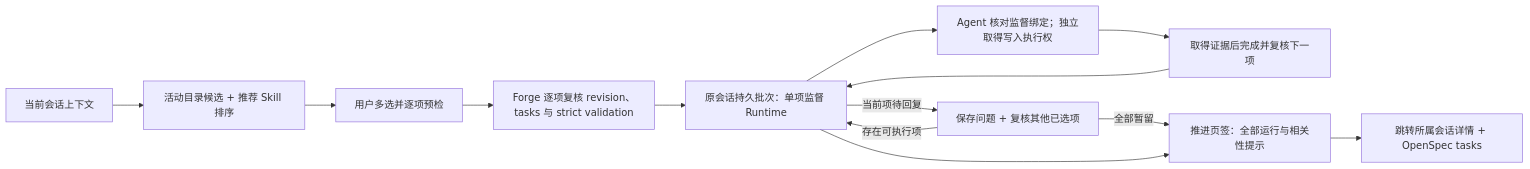
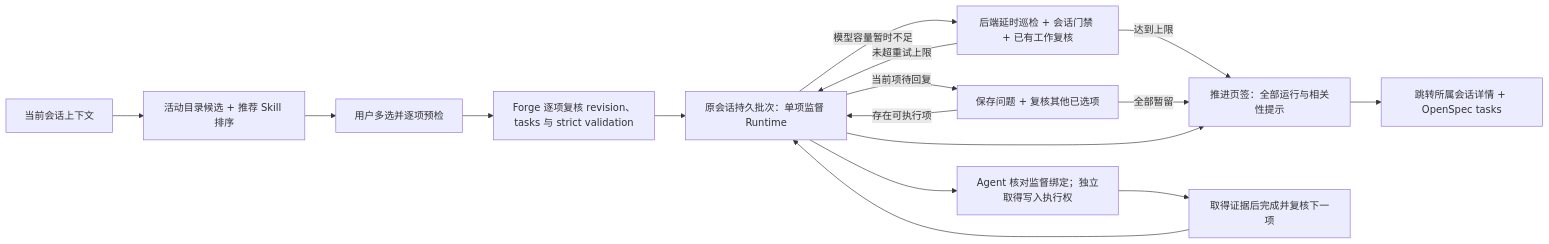
Before and after one commit to exception-coder/kai-toolbox: the third of 7 diagrams in docs/ai-coding-architecture.md, drawn with Mermaid. The commit also changed other lines of this file and 5 other files, not shown here.

````diff
--- a/docs/ai-coding-architecture.md
+++ b/docs/ai-coding-architecture.md
@@ -165,15 +167,18 @@
 ```mermaid
 flowchart LR
     SESSION["当前会话上下文"] --> PREVIEW["活动目录候选 + 推荐 Skill 排序"]
     PREVIEW --> CONFIRM["用户多选并逐项预检"]
     CONFIRM --> RECHECK["Forge 逐项复核 revision、tasks 与 strict validation"]
     RECHECK --> RUNTIME["原会话持久批次：单项监督 Runtime"]
     RUNTIME --> WRITER["Agent 核对监督绑定；独立取得写入执行权"]
+    RUNTIME -->|"模型容量暂时不足"| RETRY["后端延时巡检 + 会话门禁 + 已有工作复核"]
+    RETRY -->|"未超重试上限"| RUNTIME
+    RETRY -->|"达到上限"| BOARD
     WRITER --> NEXT["取得证据后完成并复核下一项"]
     NEXT --> RUNTIME
     RUNTIME -->|"当前项待回复"| DEFER["保存问题 + 复核其他已选项"]
     DEFER -->|"存在可执行项"| RUNTIME
     DEFER -->|"全部暂留"| BOARD
     RUNTIME --> BOARD["推进页签：全部运行与相关性提示"]
     BOARD --> DETAIL["跳转所属会话详情 + OpenSpec tasks"]
 ```
````
